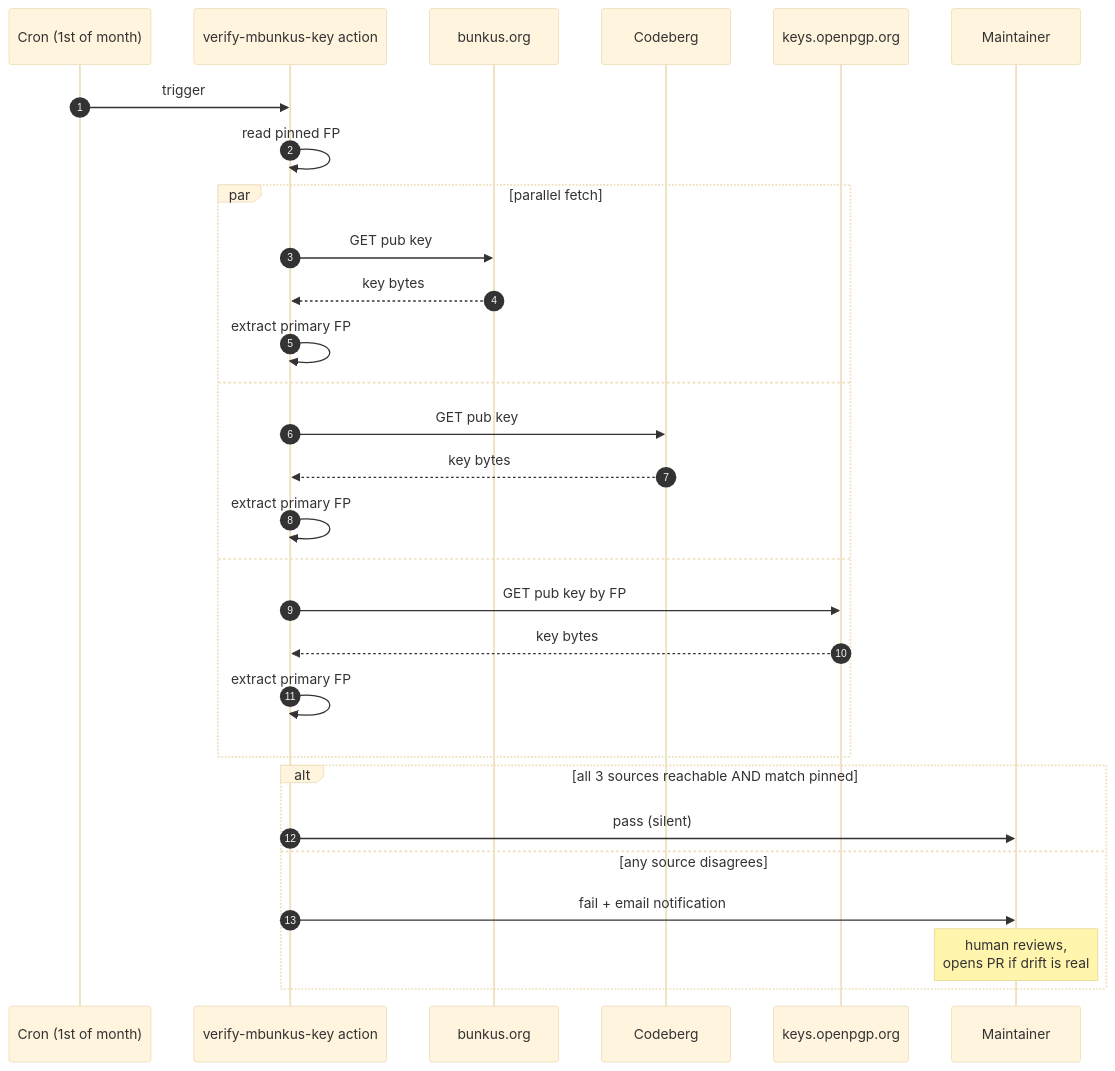
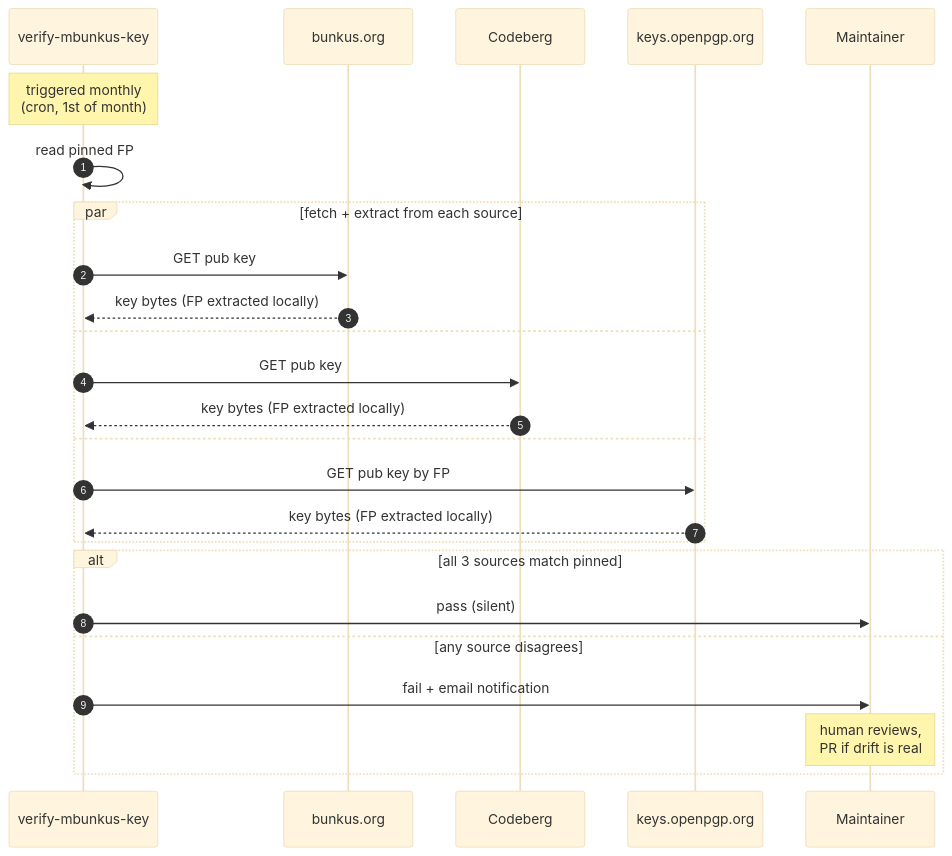
Before and after one commit to CorticalCode/mkvtoolnix-macos-arm: the fourth of 6 diagrams in docs/tarball-verification.md, drawn with Mermaid (base theme). The commit also changed other lines of this file and 2 other files, not shown here.

First line of the commit message:
docs: improve diagram readability and tighten guide content

````diff
--- a/docs/tarball-verification.md
+++ b/docs/tarball-verification.md
@@ -130,34 +141,30 @@
 ```mermaid
 sequenceDiagram
     autonumber
-    participant CR as Cron (1st of month)
-    participant A as verify-mbunkus-key action
+    participant A as verify-mbunkus-key
     participant B as bunkus.org
     participant C as Codeberg
     participant K as keys.openpgp.org
     participant M as Maintainer
 
-    CR->>A: trigger
+    Note over A: triggered monthly<br/>(cron, 1st of month)
     A->>A: read pinned FP
 
-    par parallel fetch
+    par fetch + extract from each source
         A->>B: GET pub key
-        B-->>A: key bytes
-        A->>A: extract primary FP
+        B-->>A: key bytes (FP extracted locally)
     and
         A->>C: GET pub key
-        C-->>A: key bytes
-        A->>A: extract primary FP
+        C-->>A: key bytes (FP extracted locally)
     and
         A->>K: GET pub key by FP
-        K-->>A: key bytes
-        A->>A: extract primary FP
+        K-->>A: key bytes (FP extracted locally)
     end
 
-    alt all 3 sources reachable AND match pinned
+    alt all 3 sources match pinned
         A->>M: pass (silent)
     else any source disagrees
         A->>M: fail + email notification
-        Note over M: human reviews,<br/>opens PR if drift is real
+        Note over M: human reviews,<br/>PR if drift is real
     end
 ```
````
